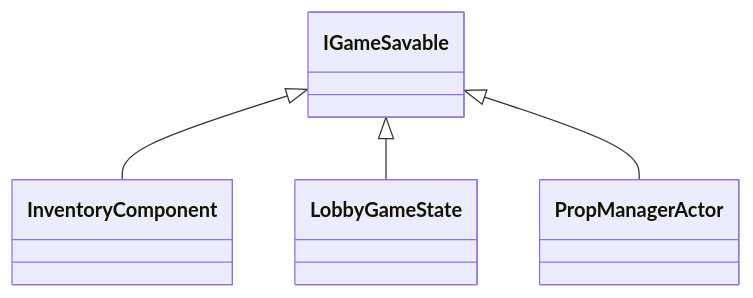
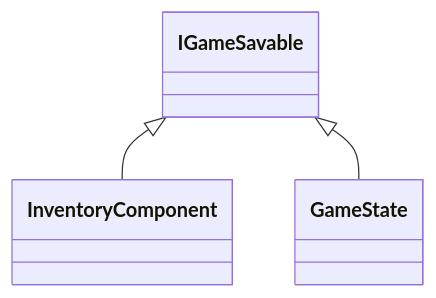
The third of 5 diagrams in _posts/UnrealProject/2025-06-28-SaveGame.md (antae714/antae714.github.io), drawn with Mermaid before and after one commit. The commit also changed other lines of this file and 1 other file, not shown here.

````diff
--- a/_posts/UnrealProject/2025-06-28-SaveGame.md
+++ b/_posts/UnrealProject/2025-06-28-SaveGame.md
@@ -46,6 +126,5 @@
 ``` mermaid
 classDiagram
     IGameSavable<|-- InventoryComponent
-    IGameSavable<|-- LobbyGameState
-    IGameSavable<|-- PropManagerActor
+    IGameSavable<|-- GameState
 ```
````
